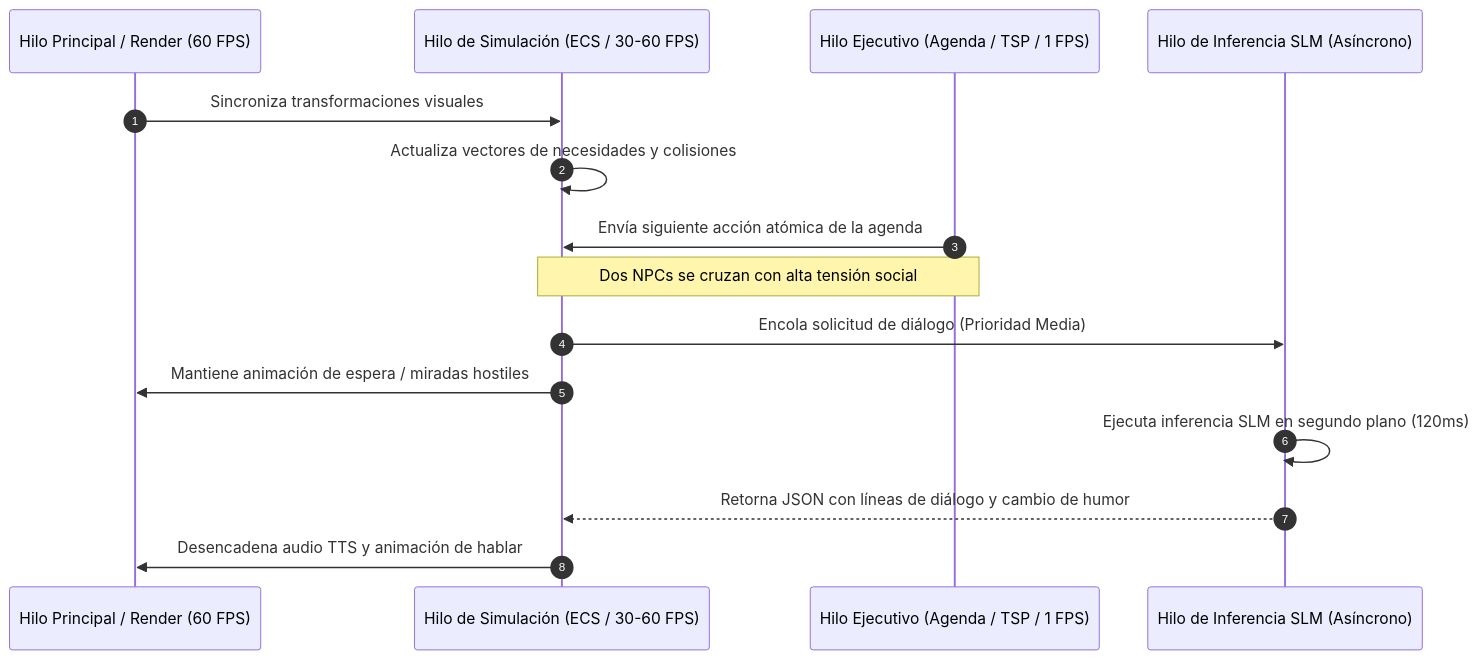
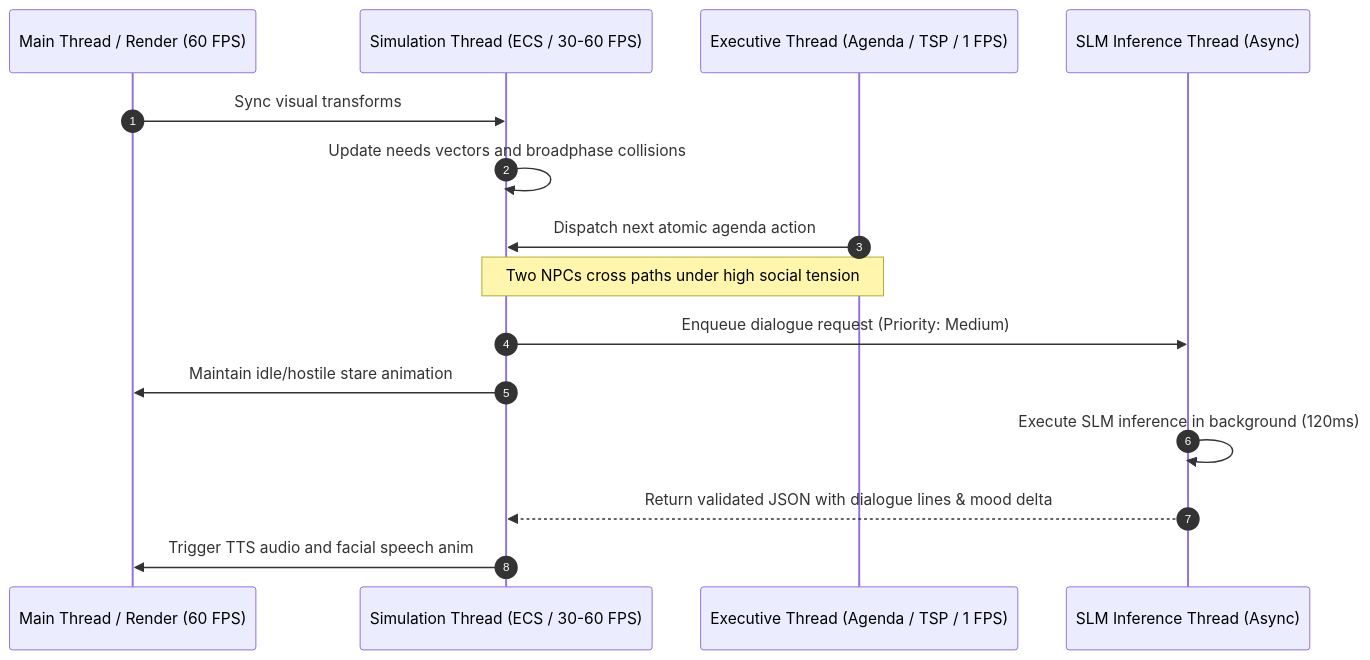
One commit to mcarbonell/sentient-npc-architecture changed the diagram in docs/01-system-architecture.md. Above: the diagram before and after it, drawn with Mermaid. The commit also changed other lines of this file and 7 other files, not shown here.

Commit message:
docs: add comprehensive design and architecture documentation for sentient NPC system

````diff
--- a/docs/01-system-architecture.md
+++ b/docs/01-system-architecture.md
@@ -76,18 +77,18 @@
 ```mermaid
 sequenceDiagram
     autonumber
-    participant Render as Hilo Principal / Render (60 FPS)
-    participant Sim as Hilo de Simulación (ECS / 30-60 FPS)
-    participant Exec as Hilo Ejecutivo (Agenda / TSP / 1 FPS)
-    participant AI as Hilo de Inferencia SLM (Asíncrono)
+    participant Render as Main Thread / Render (60 FPS)
+    participant Sim as Simulation Thread (ECS / 30-60 FPS)
+    participant Exec as Executive Thread (Agenda / TSP / 1 FPS)
+    participant AI as SLM Inference Thread (Async)
 
-    Render->>Sim: Sincroniza transformaciones visuales
-    Sim->>Sim: Actualiza vectores de necesidades y colisiones
-    Exec->>Sim: Envía siguiente acción atómica de la agenda
-    Note over Sim,Exec: Dos NPCs se cruzan con alta tensión social
-    Sim->>AI: Encola solicitud de diálogo (Prioridad Media)
-    Sim->>Render: Mantiene animación de espera / miradas hostiles
-    AI->>AI: Ejecuta inferencia SLM en segundo plano (120ms)
-    AI-->>Sim: Retorna JSON con líneas de diálogo y cambio de humor
-    Sim->>Render: Desencadena audio TTS y animación de hablar
+    Render->>Sim: Sync visual transforms
+    Sim->>Sim: Update needs vectors and broadphase collisions
+    Exec->>Sim: Dispatch next atomic agenda action
+    Note over Sim,Exec: Two NPCs cross paths under high social tension
+    Sim->>AI: Enqueue dialogue request (Priority: Medium)
+    Sim->>Render: Maintain idle/hostile stare animation
+    AI->>AI: Execute SLM inference in background (120ms)
+    AI-->>Sim: Return validated JSON with dialogue lines & mood delta
+    Sim->>Render: Trigger TTS audio and facial speech anim
 ```
````
